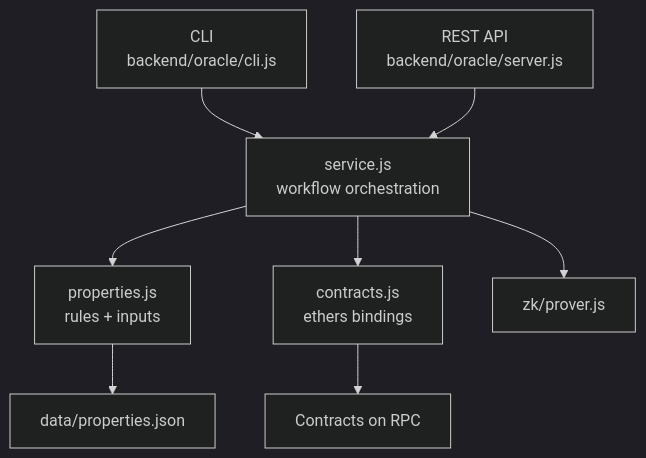
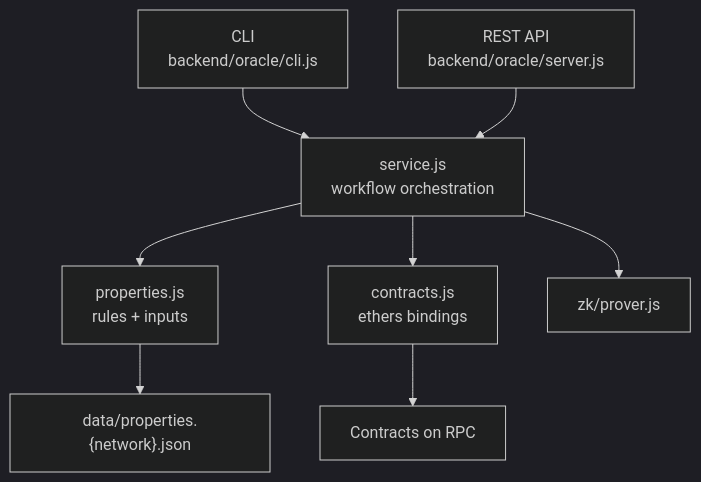
Before and after one commit to Alan42x/proofestate: the seventh of 10 diagrams in README.md, drawn with Mermaid (dark theme). The commit also changed other lines of this file and 15 other files, not shown here.

````diff
--- a/README.md
+++ b/README.md
@@ -541,19 +541,19 @@
 ```mermaid
 flowchart TB
   CLI["CLI\nbackend/oracle/cli.js"]
   REST["REST API\nbackend/oracle/server.js"]
   Service["service.js\nworkflow orchestration"]
   Props["properties.js\nrules + inputs"]
   Contracts["contracts.js\nethers bindings"]
-  Dataset2["data/properties.json"]
+  Dataset2["data/properties.{network}.json"]
   Prover2["zk/prover.js"]
   Chain2["Contracts on RPC"]
 
   CLI --> Service
   REST --> Service
   Service --> Props
   Props --> Dataset2
   Service --> Prover2
   Service --> Contracts
   Contracts --> Chain2
 ```
````
